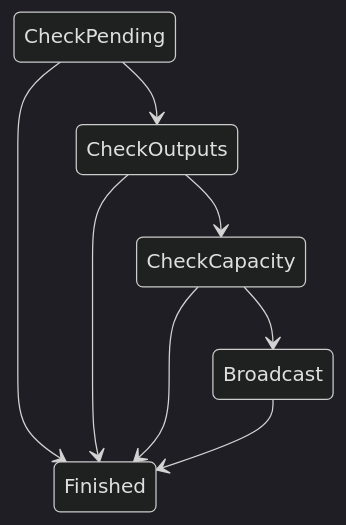
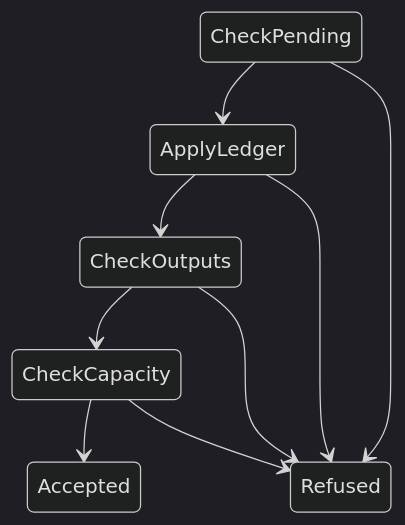
The ninth of 17 diagrams in docs/docs/dev/architecture/head-logic-machines.md (cardano-scaling/hydra), drawn with Mermaid (dark theme) before and after one commit. The commit also changed other lines of this file, not shown here.

Commit message:
Regenerate diagrams with named lifecycle operations

````diff
--- a/docs/docs/dev/architecture/head-logic-machines.md
+++ b/docs/docs/dev/architecture/head-logic-machines.md
@@ -234,16 +242,18 @@
 ```mermaid
 stateDiagram-v2
 state "CheckPending" as s0
-state "CheckOutputs" as s1
-state "CheckCapacity" as s2
-state "Broadcast" as s3
-state "Finished" as s4
+state "ApplyLedger" as s1
+state "CheckOutputs" as s2
+state "CheckCapacity" as s3
+state "Accepted" as s4
+state "Refused" as s5
 s0 --> s1
-s0 --> s4
+s0 --> s5
 s1 --> s2
-s1 --> s4
+s1 --> s5
 s2 --> s3
-s2 --> s4
+s2 --> s5
 s3 --> s4
+s3 --> s5
 
 ```
````
